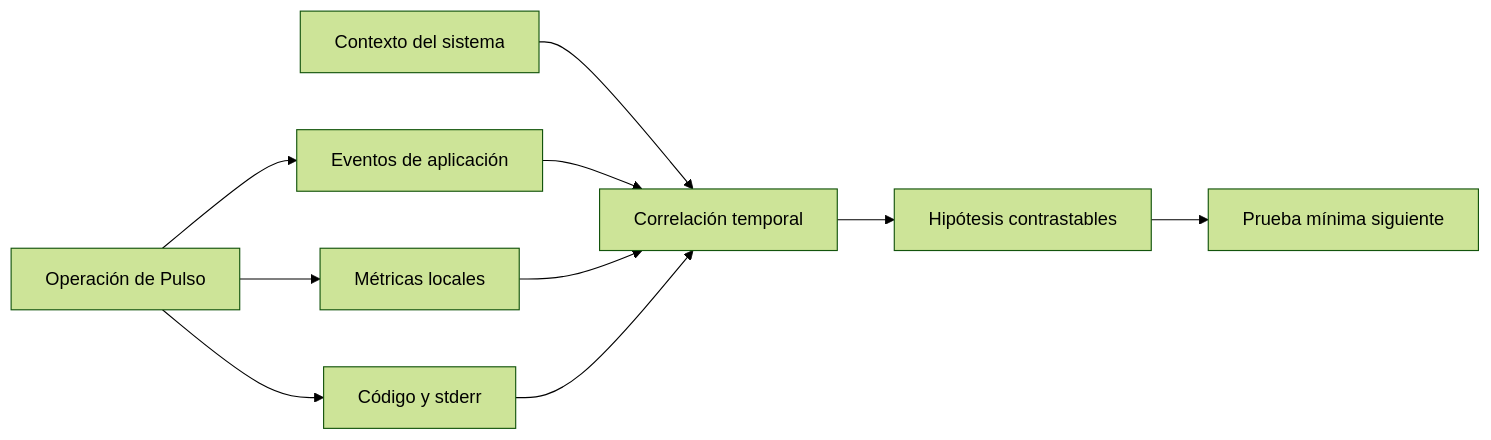
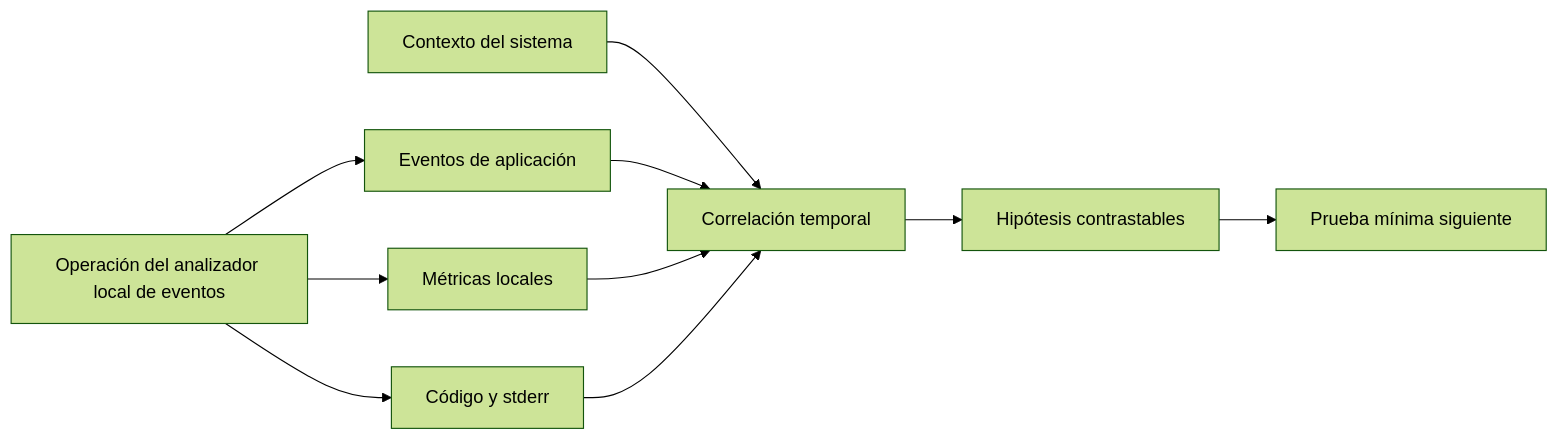
The second of 2 diagrams in content/part-02/SE-033.md (vladimiracunadev-create/modern-software-engineering-program), drawn with Mermaid (forest theme) before and after one commit. The commit also changed other lines of this file and 13 other files, not shown here.

````diff
--- a/content/part-02/SE-033.md
+++ b/content/part-02/SE-033.md
@@ -88,12 +88,12 @@
 ```mermaid
 flowchart LR
-    O[Operación de Pulso] --> A[Eventos de aplicación]
+    O[Operación del analizador local de eventos] --> A[Eventos de aplicación]
     O --> M[Métricas locales]
     O --> X[Código y stderr]
     S[Contexto del sistema] --> C[Correlación temporal]
     A --> C
     M --> C
     X --> C
     C --> H[Hipótesis contrastables]
     H --> P[Prueba mínima siguiente]
 ```
````
